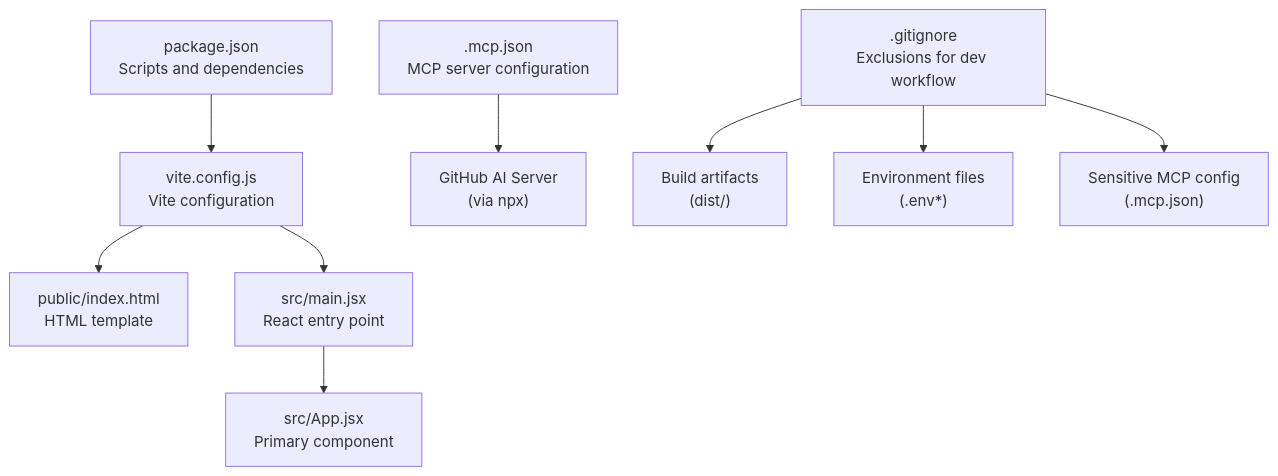
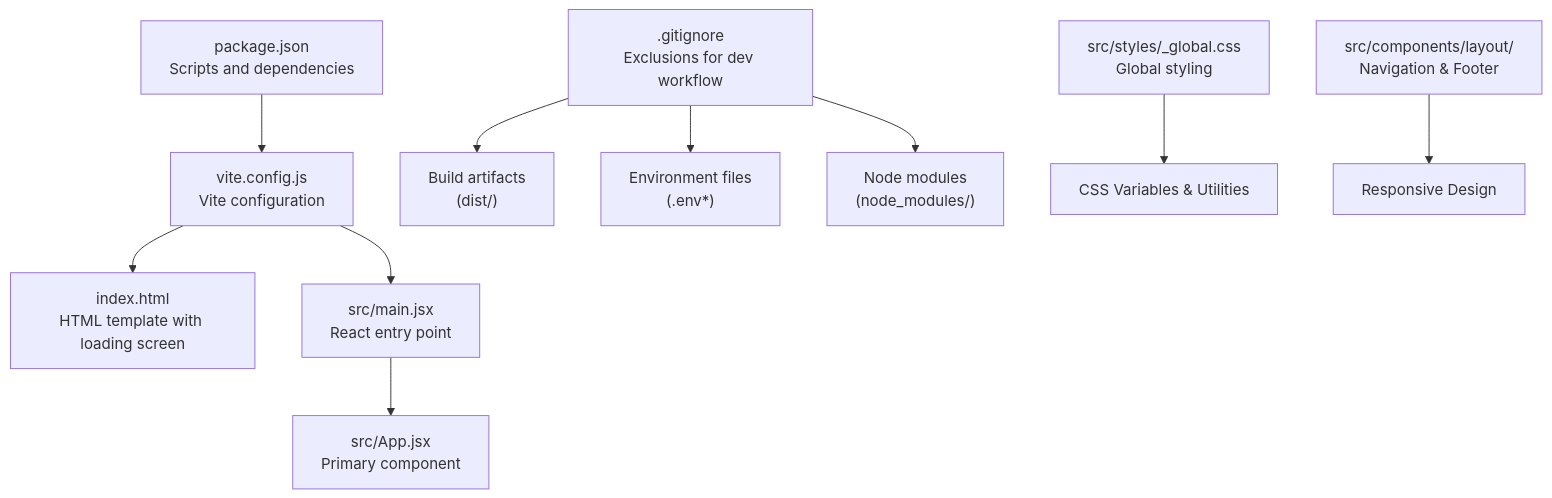
Before and after one commit to rakeshmaity271/frankie-picasso: the first of 7 diagrams in .qoder/repowiki/en/content/Development Tools.md, drawn with Mermaid. The commit also changed other lines of this file and 28 other files, not shown here.

Commit message:
Update components, styles, and secure gitignore

````diff
--- a/.qoder/repowiki/en/content/Development Tools.md
+++ b/.qoder/repowiki/en/content/Development Tools.md
@@ -39,11 +50,12 @@
 ```mermaid
 graph TB
 A["package.json<br/>Scripts and dependencies"] --> B["vite.config.js<br/>Vite configuration"]
-B --> C["public/index.html<br/>HTML template"]
+B --> C["index.html<br/>HTML template with loading screen"]
 B --> D["src/main.jsx<br/>React entry point"]
 D --> E["src/App.jsx<br/>Primary component"]
-F[".mcp.json<br/>MCP server configuration"] --> G["GitHub AI Server<br/>(via npx)"]
-H[".gitignore<br/>Exclusions for dev workflow"] --> I["Build artifacts<br/>(dist/)"]
-H --> J["Environment files<br/>(.env*)"]
-H --> K["Sensitive MCP config<br/>(.mcp.json)"]
+F[".gitignore<br/>Exclusions for dev workflow"] --> G["Build artifacts<br/>(dist/)"]
+F --> H["Environment files<br/>(.env*)"]
+F --> I["Node modules<br/>(node_modules/)"]
+J["src/styles/_global.css<br/>Global styling"] --> K["CSS Variables & Utilities"]
+L["src/components/layout/<br/>Navigation & Footer"] --> M["Responsive Design"]
 ```
````
